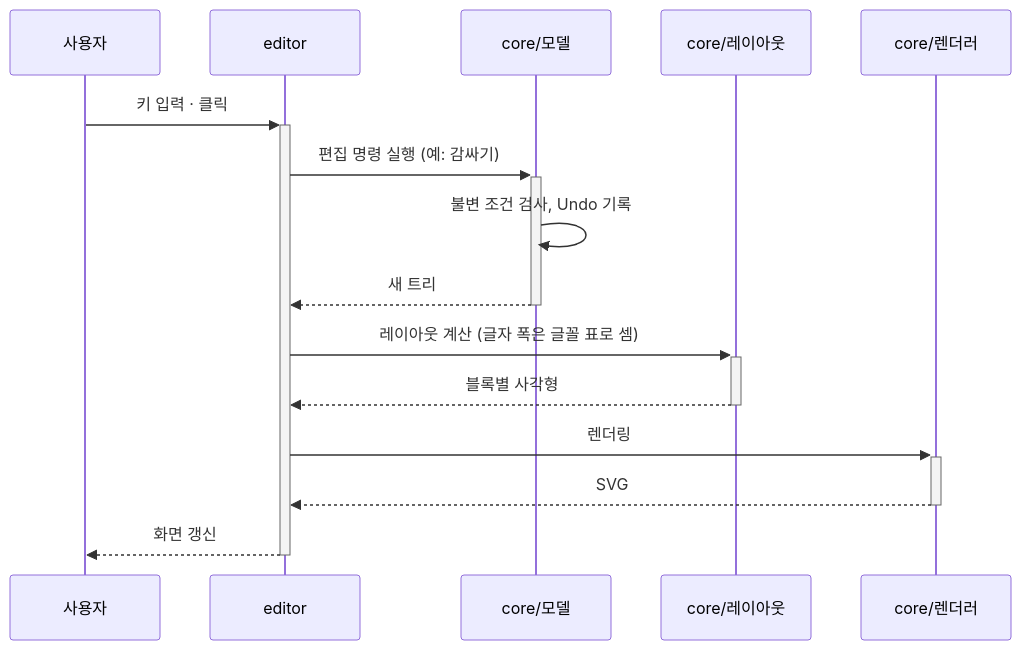
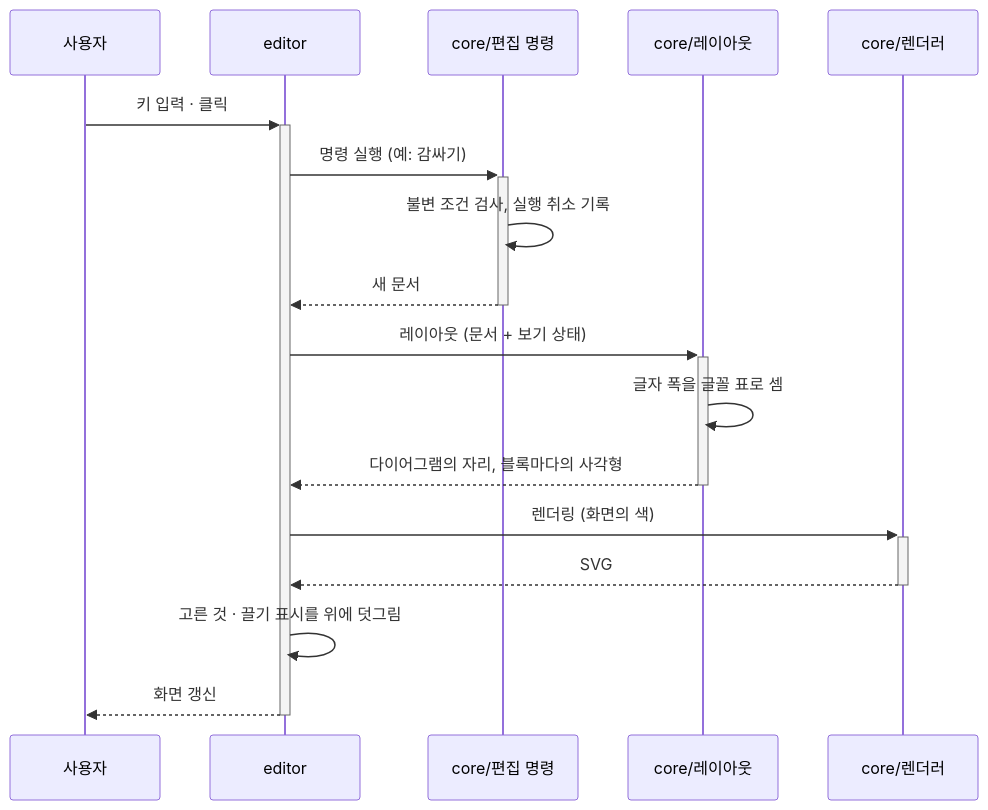
One commit to reddiana/AriadneNSD changed the fourth of 5 diagrams in docs/03-architecture/03-architecture.md. Above: the diagram before and after it, drawn with Mermaid. The commit also changed other lines of this file and 4 other files, not shown here.

````diff
--- a/docs/03-architecture/03-architecture.md
+++ b/docs/03-architecture/03-architecture.md
@@ -93,17 +160,19 @@
 ```mermaid
 sequenceDiagram
     participant U as 사용자
     participant E as editor
-    participant M as core/모델
+    participant M as core/편집 명령
     participant L as core/레이아웃
     participant R as core/렌더러
     U->>+E: 키 입력 · 클릭
-    E->>+M: 편집 명령 실행 (예: 감싸기)
-    M->>M: 불변 조건 검사, Undo 기록
-    M-->>-E: 새 트리
-    E->>+L: 레이아웃 계산 (글자 폭은 글꼴 표로 셈)
-    L-->>-E: 블록별 사각형
-    E->>+R: 렌더링
+    E->>+M: 명령 실행 (예: 감싸기)
+    M->>M: 불변 조건 검사, 실행 취소 기록
+    M-->>-E: 새 문서
+    E->>+L: 레이아웃 (문서 + 보기 상태)
+    L->>L: 글자 폭을 글꼴 표로 셈
+    L-->>-E: 다이어그램의 자리, 블록마다의 사각형
+    E->>+R: 렌더링 (화면의 색)
     R-->>-E: SVG
+    E->>E: 고른 것 · 끌기 표시를 위에 덧그림
     E-->>-U: 화면 갱신
 ```
````
